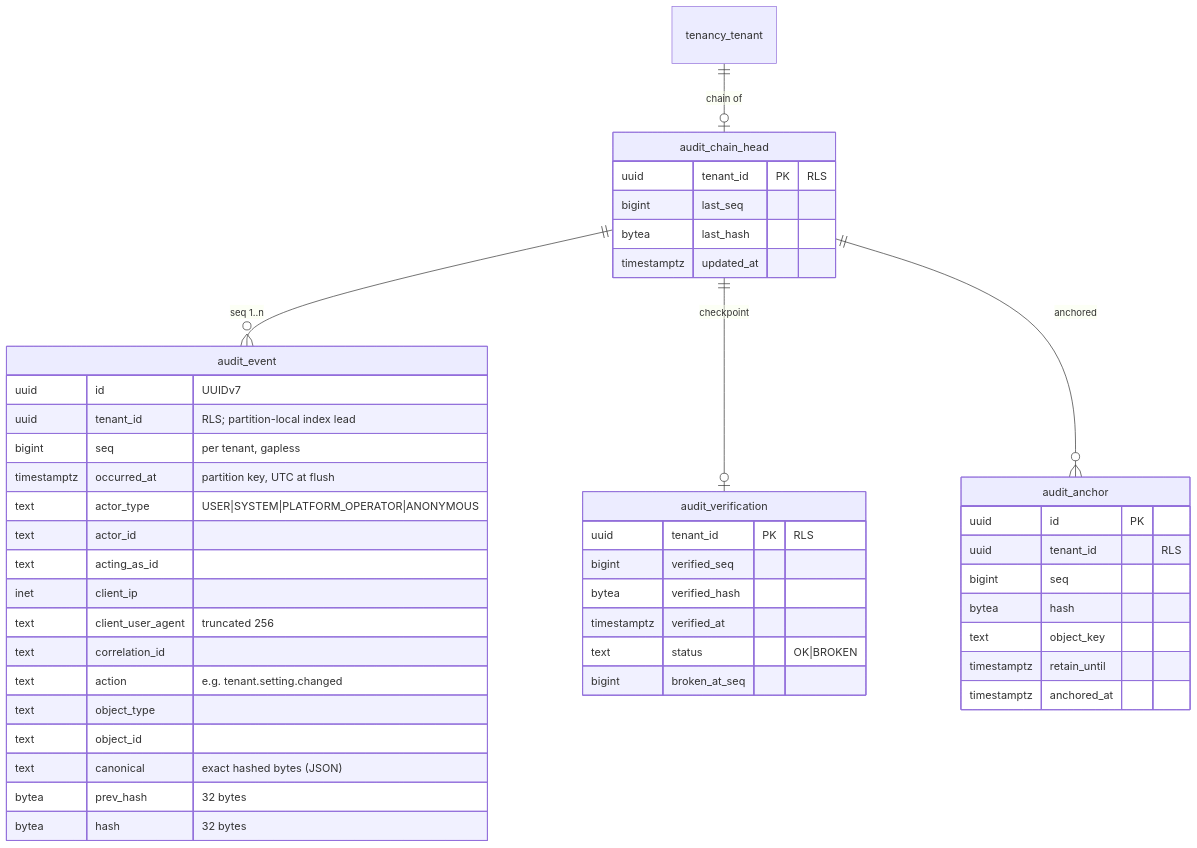
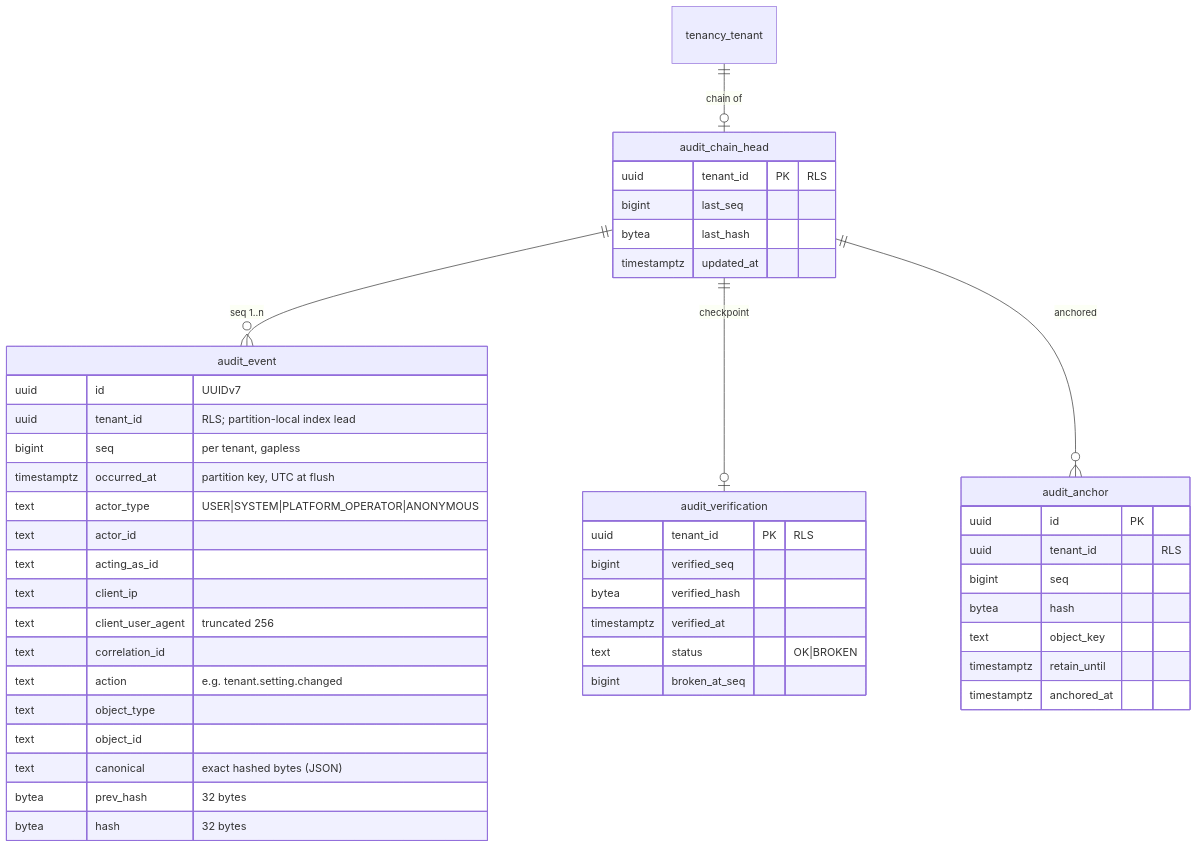
One commit to nazihar/memo-revamp changed the second of 3 diagrams in docs/plan/phase-1a-minimum-core/epic-02-platform-kernel/design.md. Above: the diagram before and after it, drawn with Mermaid. The commit also changed other lines of this file and 62 other files, not shown here.

````diff
--- a/docs/plan/phase-1a-minimum-core/epic-02-platform-kernel/design.md
+++ b/docs/plan/phase-1a-minimum-core/epic-02-platform-kernel/design.md
@@ -47,48 +47,48 @@
 ```mermaid
 erDiagram
   tenancy_tenant ||--o| audit_chain_head : "chain of"
   audit_chain_head ||--o{ audit_event : "seq 1..n"
   audit_chain_head ||--o| audit_verification : checkpoint
   audit_chain_head ||--o{ audit_anchor : anchored
   audit_event {
     uuid id "UUIDv7"
     uuid tenant_id "RLS; partition-local index lead"
     bigint seq "per tenant, gapless"
     timestamptz occurred_at "partition key, UTC at flush"
     text actor_type "USER|SYSTEM|PLATFORM_OPERATOR|ANONYMOUS"
     text actor_id
     text acting_as_id
-    inet client_ip
+    text client_ip
     text client_user_agent "truncated 256"
     text correlation_id
     text action "e.g. tenant.setting.changed"
     text object_type
     text object_id
     text canonical "exact hashed bytes (JSON)"
     bytea prev_hash "32 bytes"
     bytea hash "32 bytes"
   }
   audit_chain_head {
     uuid tenant_id PK "RLS"
     bigint last_seq
     bytea last_hash
     timestamptz updated_at
   }
   audit_verification {
     uuid tenant_id PK "RLS"
     bigint verified_seq
     bytea verified_hash
     timestamptz verified_at
     text status "OK|BROKEN"
     bigint broken_at_seq
   }
   audit_anchor {
     uuid id PK
     uuid tenant_id "RLS"
     bigint seq
     bytea hash
     text object_key
     timestamptz retain_until
     timestamptz anchored_at
   }
 ```
````
